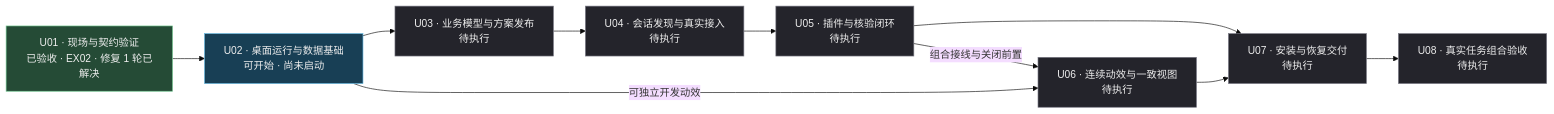
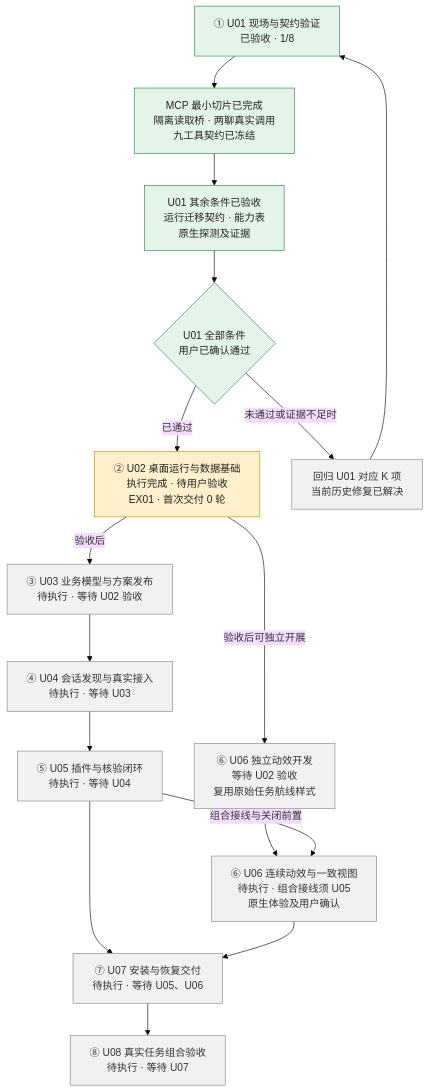
One commit to WuwuZhang0019/Codex-task-monitoring changed the diagram in docs/03_桌面工作台与Codex连接/02_台账/01_手动试跑主台账_2026-11-09.md. Above: the diagram before and after it, drawn with Mermaid (base theme). The commit also changed other lines of this file and 2 other files, not shown here.

Commit message:
docs(workbench): 登记U02交付证据并更新路线状态

````diff
--- a/docs/03_桌面工作台与Codex连接/02_台账/01_手动试跑主台账_2026-11-09.md
+++ b/docs/03_桌面工作台与Codex连接/02_台账/01_手动试跑主台账_2026-11-09.md
@@ -32,28 +32,33 @@
 ```mermaid
-flowchart LR
-    U01["U01 · 现场与契约验证<br/>已验收 · EX02 · 修复 1 轮已解决"]
-    U02["U02 · 桌面运行与数据基础<br/>可开始 · 尚未启动"]
-    U03["U03 · 业务模型与方案发布<br/>待执行"]
-    U04["U04 · 会话发现与真实接入<br/>待执行"]
-    U05["U05 · 插件与核验闭环<br/>待执行"]
-    U06["U06 · 连续动效与一致视图<br/>待执行"]
-    U07["U07 · 安装与恢复交付<br/>待执行"]
-    U08["U08 · 真实任务组合验收<br/>待执行"]
-
-    U01 --> U02
-    U02 --> U03
-    U03 --> U04
-    U04 --> U05
+flowchart TD
+    U01["① U01 现场与契约验证<br/>已验收 · 1/8"]
+    MCP["MCP 最小切片已完成<br/>隔离读取桥 · 两聊真实调用<br/>九工具契约已冻结"]
+    REST["U01 其余条件已验收<br/>运行迁移契约 · 能力表<br/>原生探测及证据"]
+    CHECK{"U01 全部条件<br/>用户已确认通过"}
+    U02["② U02 桌面运行与数据基础<br/>执行完成 · 待用户验收<br/>EX01 · 首次交付 0 轮"]
+    U03["③ U03 业务模型与方案发布<br/>待执行 · 等待 U02 验收"]
+    U04["④ U04 会话发现与真实接入<br/>待执行 · 等待 U03"]
+    U05["⑤ U05 插件与核验闭环<br/>待执行 · 等待 U04"]
+    FX["⑥ U06 独立动效开发<br/>等待 U02 验收<br/>复用原始任务航线样式"]
+    U06["⑥ U06 连续动效与一致视图<br/>待执行 · 组合接线须 U05<br/>原生体验及用户确认"]
+    U07["⑦ U07 安装与恢复交付<br/>待执行 · 等待 U05、U06"]
+    U08["⑧ U08 真实任务组合验收<br/>待执行 · 等待 U07"]
+    U01 --> MCP --> REST --> CHECK
+    CHECK -->|未通过或证据不足时| RETURN["回归 U01 对应 K 项<br/>当前历史修复已解决"]
+    RETURN --> U01
+    CHECK -->|已通过| U02
+    U02 -->|验收后| U03
+    U03 --> U04 --> U05
+    U02 -->|验收后可独立开展| FX
+    FX --> U06
     U05 -->|组合接线与关闭前置| U06
-    U02 -->|可独立开发动效| U06
     U05 --> U07
     U06 --> U07
     U07 --> U08
-
-    classDef pending fill:#24242b,stroke:#777783,color:#eeeeee;
-    classDef review fill:#183f55,stroke:#63b6df,color:#eeeeee;
-    classDef accepted fill:#254b36,stroke:#73c891,color:#eeeeee;
-    class U01 accepted;
-    class U02 review;
-    class U03,U04,U05,U06,U07,U08 pending;
+    classDef accepted fill:#e4f4e8,stroke:#32834a,color:#222;
+    classDef current fill:#fff0cc,stroke:#d18b00,color:#222;
+    classDef pending fill:#f1f1f1,stroke:#888,color:#333;
+    class U01,MCP,REST,CHECK accepted;
+    class U02 current;
+    class U03,U04,U05,FX,U06,U07,U08,RETURN pending;
 ```
````
